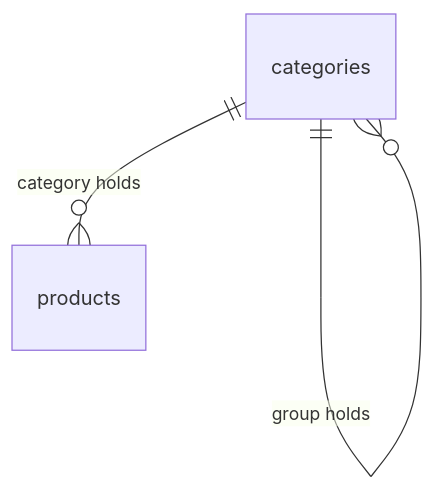
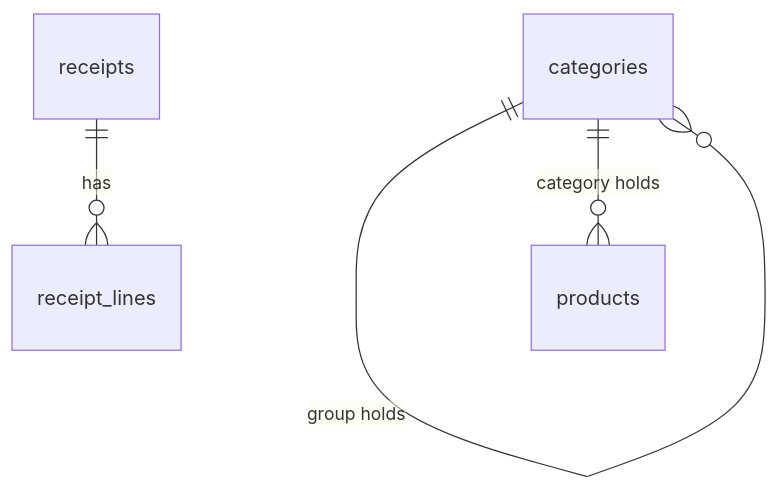
One commit to PekkaJuN/RRMCApplication changed the diagram in docs/datamodel.md. Above: the diagram before and after it, drawn with Mermaid. The commit also changed other lines of this file and 61 other files, not shown here.

````diff
--- a/docs/datamodel.md
+++ b/docs/datamodel.md
@@ -89,5 +109,6 @@
 ```mermaid
 erDiagram
   categories ||--o{ categories : "group holds"
   categories ||--o{ products : "category holds"
+  receipts ||--o{ receipt_lines : "has"
 ```
````
